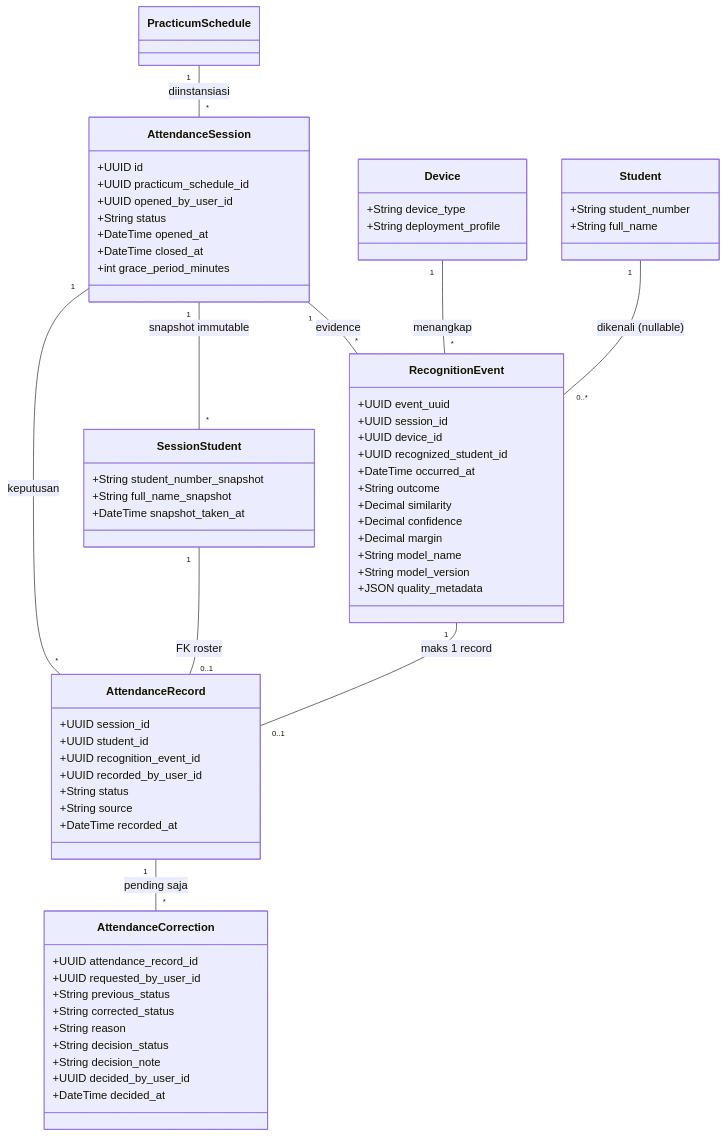
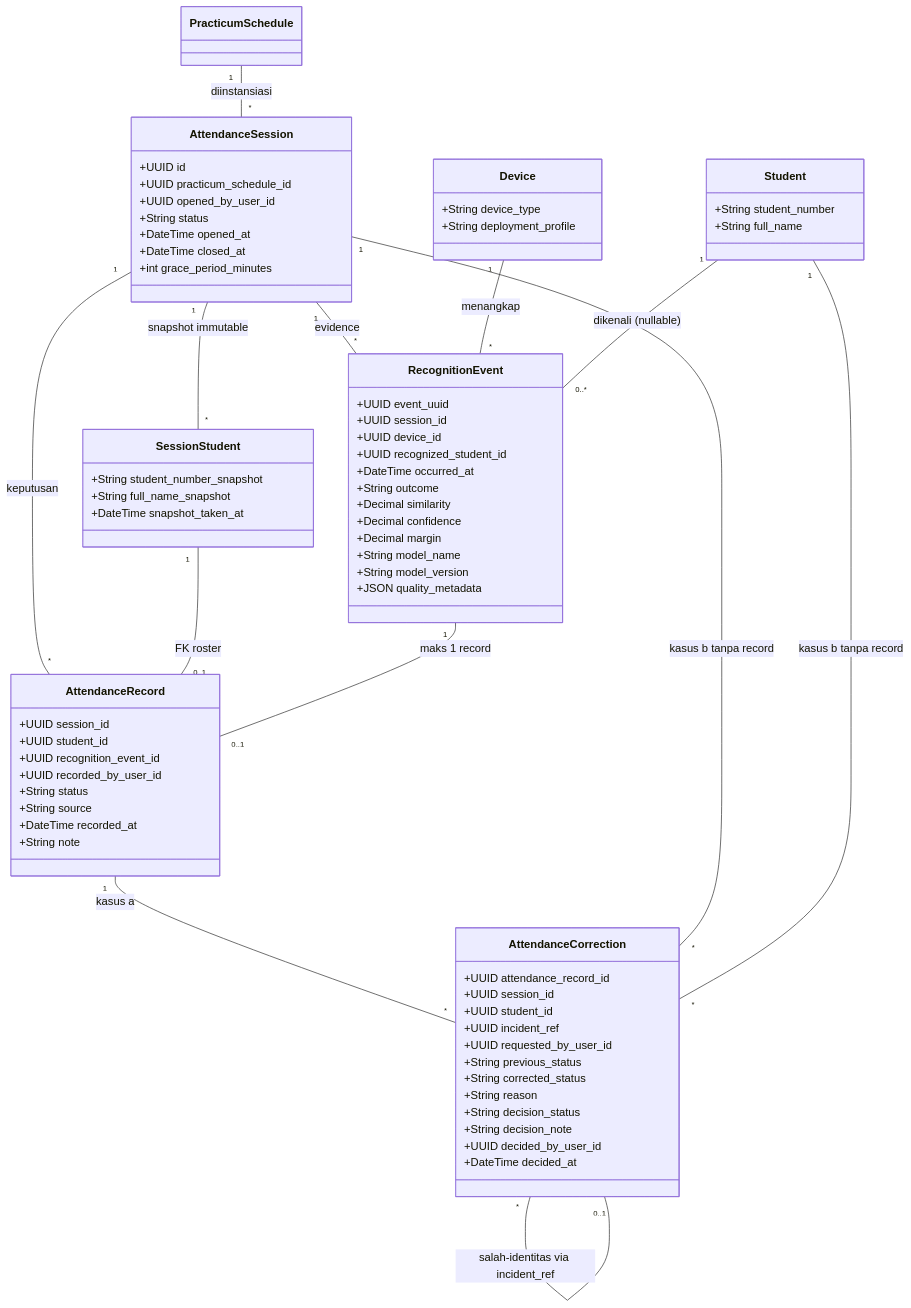
One commit to mygads/Face-Recognition-Capstone changed the diagram in docs/diagrams/mermaid/07-data-dan-class-04.mmd. Above: the diagram before and after it, drawn with Mermaid. The commit also changed 242 other files, not shown here.

```diff
--- a/docs/diagrams/mermaid/07-data-dan-class-04.mmd
+++ b/docs/diagrams/mermaid/07-data-dan-class-04.mmd
@@ -1,67 +1,74 @@
 %% sumber: docs/proposal/07-data-dan-class.md (blok mermaid #4)
 classDiagram
   class AttendanceSession {
     +UUID id
     +UUID practicum_schedule_id
     +UUID opened_by_user_id
     +String status
     +DateTime opened_at
     +DateTime closed_at
     +int grace_period_minutes
   }
   class SessionStudent {
     +String student_number_snapshot
     +String full_name_snapshot
     +DateTime snapshot_taken_at
   }
   class RecognitionEvent {
     +UUID event_uuid
     +UUID session_id
     +UUID device_id
     +UUID recognized_student_id
     +DateTime occurred_at
     +String outcome
     +Decimal similarity
     +Decimal confidence
     +Decimal margin
     +String model_name
     +String model_version
     +JSON quality_metadata
   }
   class AttendanceRecord {
     +UUID session_id
     +UUID student_id
     +UUID recognition_event_id
     +UUID recorded_by_user_id
     +String status
     +String source
     +DateTime recorded_at
+    +String note
   }
   class AttendanceCorrection {
     +UUID attendance_record_id
+    +UUID session_id
+    +UUID student_id
+    +UUID incident_ref
     +UUID requested_by_user_id
     +String previous_status
     +String corrected_status
     +String reason
     +String decision_status
     +String decision_note
     +UUID decided_by_user_id
     +DateTime decided_at
   }
   class Device {
     +String device_type
     +String deployment_profile
   }
   class Student {
     +String student_number
     +String full_name
   }
   PracticumSchedule "1" -- "*" AttendanceSession : diinstansiasi
   AttendanceSession "1" -- "*" SessionStudent : snapshot immutable
   AttendanceSession "1" -- "*" RecognitionEvent : evidence
   AttendanceSession "1" -- "*" AttendanceRecord : keputusan
   Device "1" -- "*" RecognitionEvent : menangkap
   Student "1" -- "0..*" RecognitionEvent : dikenali (nullable)
   SessionStudent "1" -- "0..1" AttendanceRecord : FK roster
   RecognitionEvent "1" -- "0..1" AttendanceRecord : maks 1 record
-  AttendanceRecord "1" -- "*" AttendanceCorrection : pending saja
+  AttendanceRecord "1" -- "*" AttendanceCorrection : kasus a
+  AttendanceSession "1" -- "*" AttendanceCorrection : kasus b tanpa record
+  Student "1" -- "*" AttendanceCorrection : kasus b tanpa record
+  AttendanceCorrection "*" -- "0..1" AttendanceCorrection : salah-identitas via incident_ref
```
